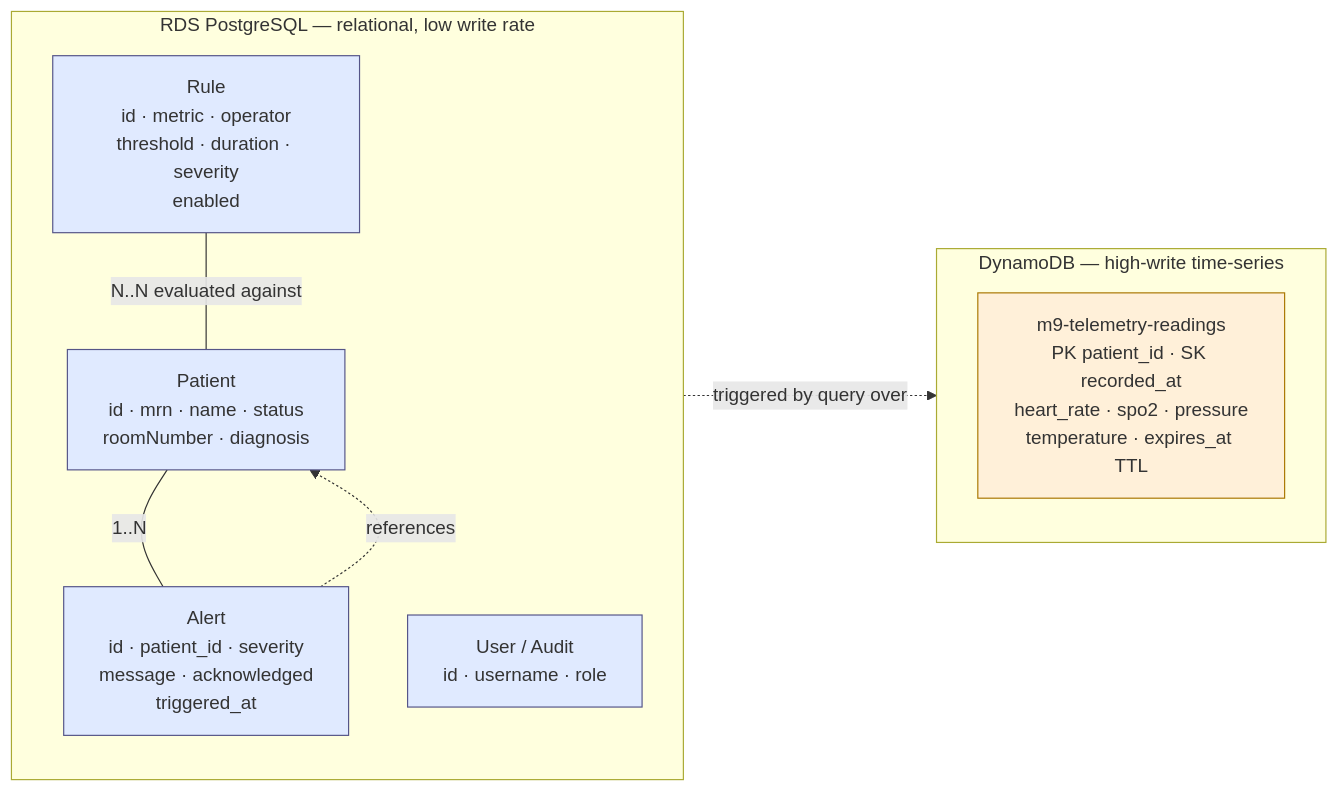
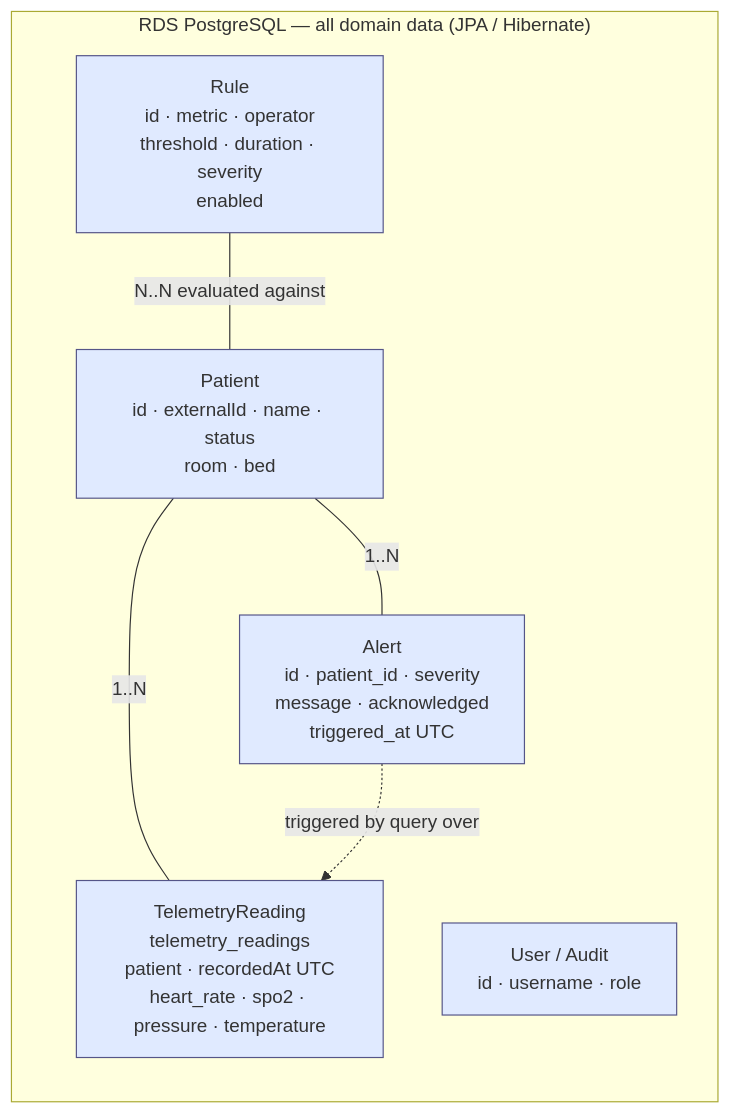
One commit to ValentinoDiaz0509/tpo-da2 changed the seventh of 8 diagrams in docs/architecture/architecture-diagrams.md. Above: the diagram before and after it, drawn with Mermaid. The commit also changed other lines of this file and 29 other files, not shown here.

````diff
--- a/docs/architecture/architecture-diagrams.md
+++ b/docs/architecture/architecture-diagrams.md
@@ -312,25 +297,18 @@
 ```mermaid
 flowchart LR
-    subgraph PG["RDS PostgreSQL — relational, low write rate"]
+    subgraph PG["RDS PostgreSQL — all domain data (JPA / Hibernate)"]
         direction TB
-        P[Patient<br/>id · mrn · name · status<br/>roomNumber · diagnosis]
+        P[Patient<br/>id · externalId · name · status<br/>room · bed]
         R[Rule<br/>id · metric · operator<br/>threshold · duration · severity<br/>enabled]
-        A[Alert<br/>id · patient_id · severity<br/>message · acknowledged<br/>triggered_at]
+        A[Alert<br/>id · patient_id · severity<br/>message · acknowledged<br/>triggered_at UTC]
         U[User / Audit<br/>id · username · role]
+        T[TelemetryReading<br/>telemetry_readings<br/>patient · recordedAt UTC<br/>heart_rate · spo2 · pressure · temperature]
         P ---|1..N| A
         R ---|N..N evaluated against| P
+        P ---|1..N| T
+        A -. triggered by query over .-> T
     end
 
-    subgraph DDB["DynamoDB — high-write time-series"]
-        direction TB
-        T[m9-telemetry-readings<br/>PK patient_id · SK recorded_at<br/>heart_rate · spo2 · pressure<br/>temperature · expires_at TTL]
-    end
-
-    A -. references .-> P
-    A -. triggered by query over .-> T
-
     classDef pg fill:#e0eaff,stroke:#558;
-    classDef dd fill:#fff0d9,stroke:#a70;
-    class P,R,A,U pg;
-    class T dd;
+    class P,R,A,U,T pg;
 ```
````
